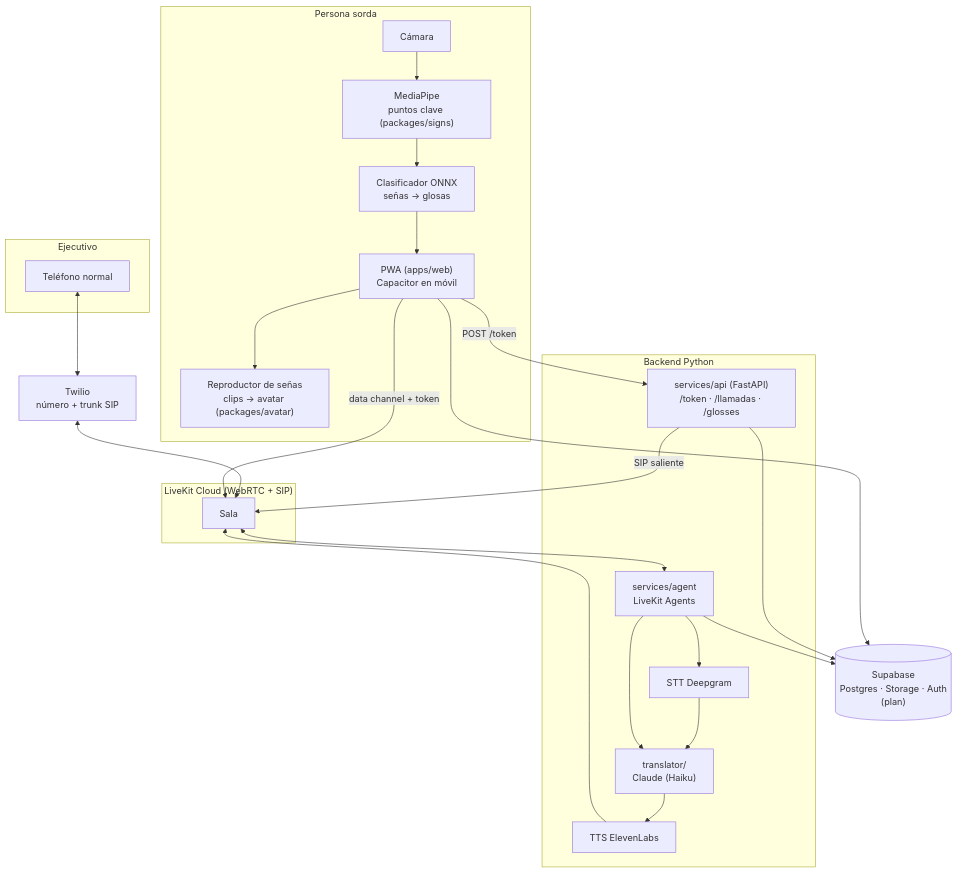
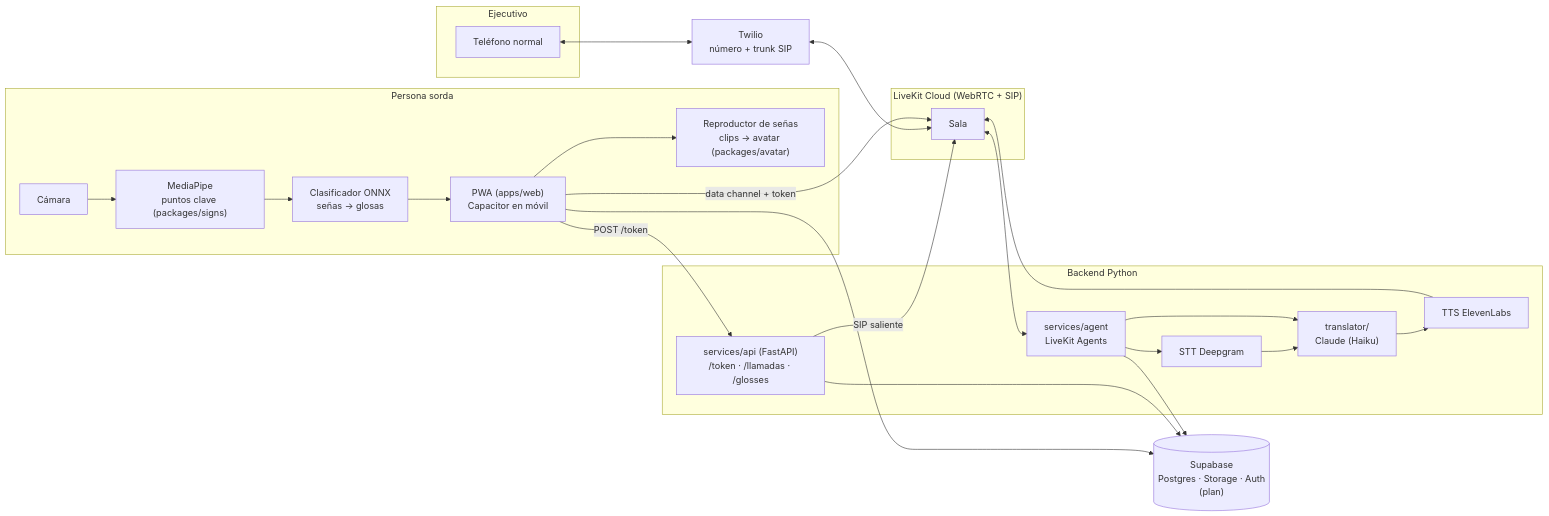
One commit to platanus-hack/platanus-hack-26-cl-team-12 changed the first of 3 diagrams in docs/ARQUITECTURA.md. Above: the diagram before and after it, drawn with Mermaid. The commit also changed other lines of this file and 4 other files, not shown here.

First line of the commit message:
docs: PNG de los diagramas de ARQUITECTURA (vista general, base de datos, despliegue)

````diff
--- a/docs/ARQUITECTURA.md
+++ b/docs/ARQUITECTURA.md
@@ -33,41 +33,41 @@
 ```mermaid
-graph TD
+graph LR
     subgraph Persona sorda
         PWA["PWA (apps/web)<br/>Capacitor en móvil"]
         Cam["Cámara"] --> MP["MediaPipe<br/>puntos clave (packages/signs)"]
         MP --> Clf["Clasificador ONNX<br/>señas → glosas"]
         Clf --> PWA
         PWA --> Player["Reproductor de señas<br/>clips → avatar (packages/avatar)"]
     end
 
     subgraph Ejecutivo
         Tel["Teléfono normal"]
     end
 
     subgraph LiveKit["LiveKit Cloud (WebRTC + SIP)"]
         Room["Sala"]
     end
 
     Twilio["Twilio<br/>número + trunk SIP"]
 
     subgraph Backend["Backend Python"]
         API["services/api (FastAPI)<br/>/token · /llamadas · /glosses"]
         Agent["services/agent<br/>LiveKit Agents"]
         Trad["translator/<br/>Claude (Haiku)"]
         STT["STT Deepgram"]
         TTS["TTS ElevenLabs"]
     end
 
     DB[("Supabase<br/>Postgres · Storage · Auth<br/>(plan)")]
 
     Tel <--> Twilio <--> Room
     PWA -- "data channel + token" --> Room
     PWA -- "POST /token" --> API
     API -- "SIP saliente" --> Room
     Room <--> Agent
     Agent --> STT --> Trad
     Agent --> Trad --> TTS --> Room
     API --> DB
     Agent --> DB
     PWA --> DB
 ```
````
